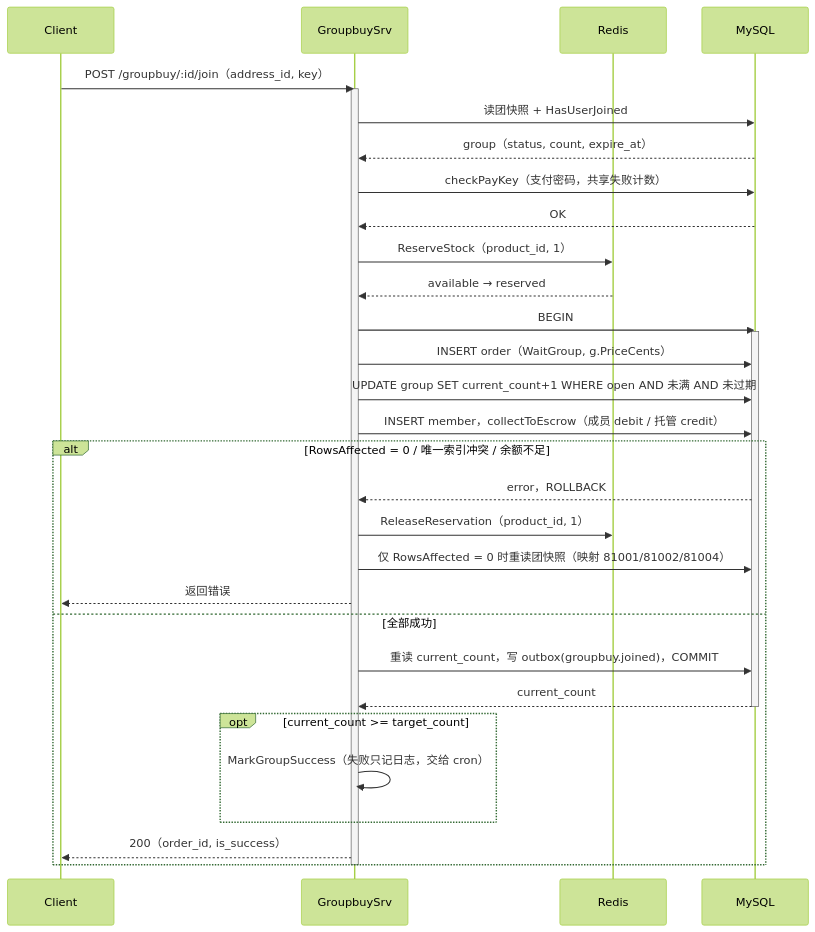
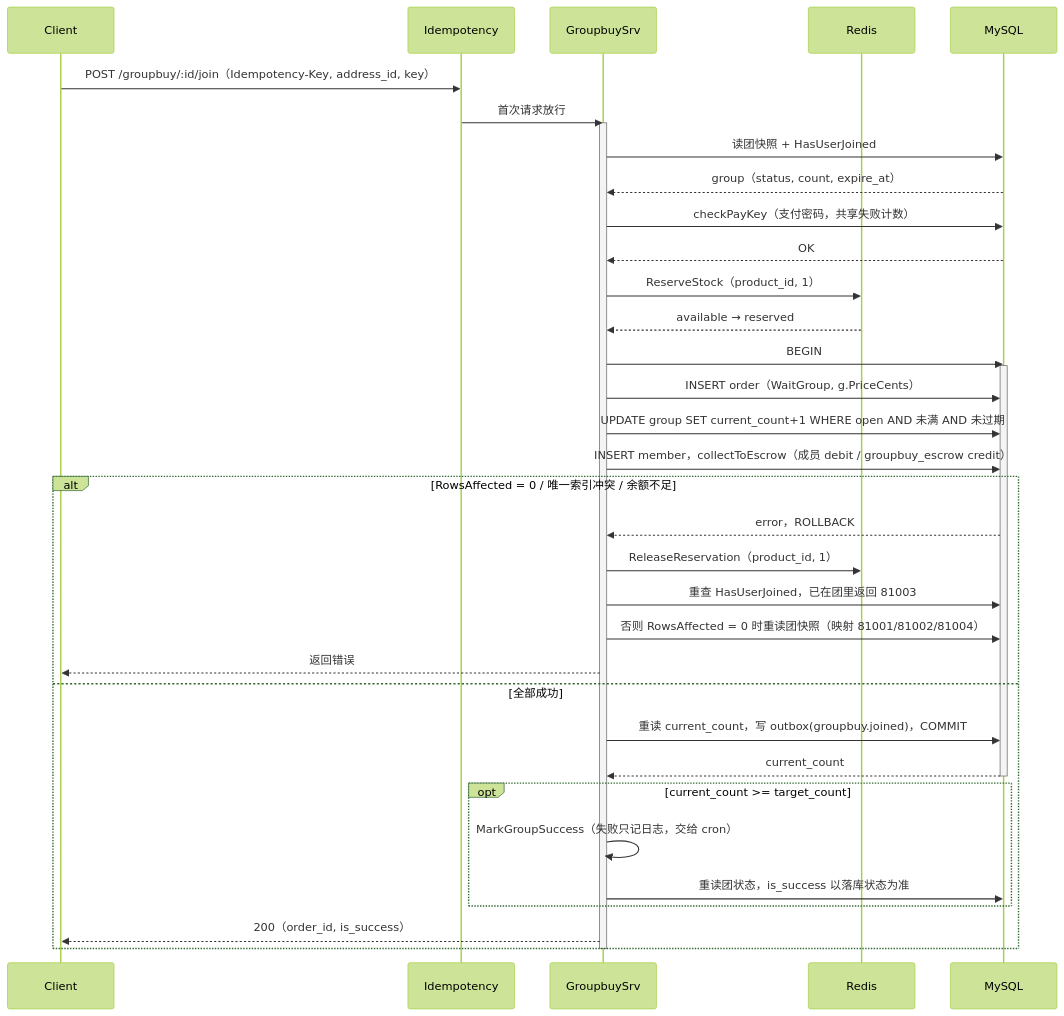
Before and after one commit to RedInn7/gomall: the second of 3 diagrams in docs/lecture/17-groupbuy.md, drawn with Mermaid (forest theme). The commit also changed other lines of this file and 1 other file, not shown here.

````diff
--- a/docs/lecture/17-groupbuy.md
+++ b/docs/lecture/17-groupbuy.md
@@ -263,36 +310,40 @@
 ```mermaid
 sequenceDiagram
     participant Client as Client
+    participant MW as Idempotency
     participant Svc as GroupbuySrv
     participant Redis as Redis
     participant DB as MySQL
 
-    Client->>Svc: POST /groupbuy/:id/join（address_id, key）
+    Client->>MW: POST /groupbuy/:id/join（Idempotency-Key, address_id, key）
+    MW->>Svc: 首次请求放行
     activate Svc
     Svc->>DB: 读团快照 + HasUserJoined
     DB-->>Svc: group（status, count, expire_at）
     Svc->>DB: checkPayKey（支付密码，共享失败计数）
     DB-->>Svc: OK
     Svc->>Redis: ReserveStock（product_id, 1）
     Redis-->>Svc: available → reserved
     Svc->>DB: BEGIN
     activate DB
     Svc->>DB: INSERT order（WaitGroup, g.PriceCents）
     Svc->>DB: UPDATE group SET current_count+1 WHERE open AND 未满 AND 未过期
-    Svc->>DB: INSERT member，collectToEscrow（成员 debit / 托管 credit）
+    Svc->>DB: INSERT member，collectToEscrow（成员 debit / groupbuy_escrow credit）
     alt RowsAffected = 0 / 唯一索引冲突 / 余额不足
         DB-->>Svc: error，ROLLBACK
         Svc->>Redis: ReleaseReservation（product_id, 1）
-        Svc->>DB: 仅 RowsAffected = 0 时重读团快照（映射 81001/81002/81004）
+        Svc->>DB: 重查 HasUserJoined，已在团里返回 81003
+        Svc->>DB: 否则 RowsAffected = 0 时重读团快照（映射 81001/81002/81004）
         Svc-->>Client: 返回错误
     else 全部成功
         Svc->>DB: 重读 current_count，写 outbox(groupbuy.joined)，COMMIT
         DB-->>Svc: current_count
         deactivate DB
         opt current_count >= target_count
             Svc->>Svc: MarkGroupSuccess（失败只记日志，交给 cron）
+            Svc->>DB: 重读团状态，is_success 以落库状态为准
         end
         Svc-->>Client: 200（order_id, is_success）
     end
     deactivate Svc
 ```
````
